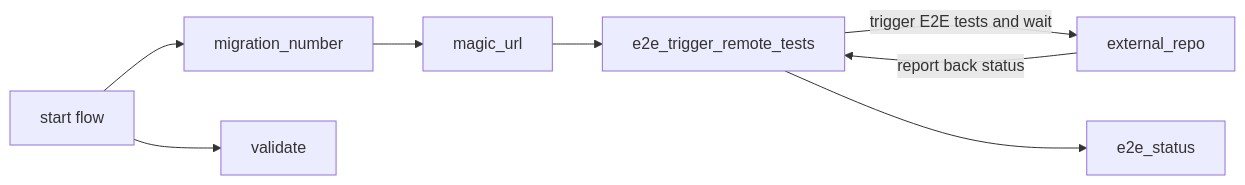
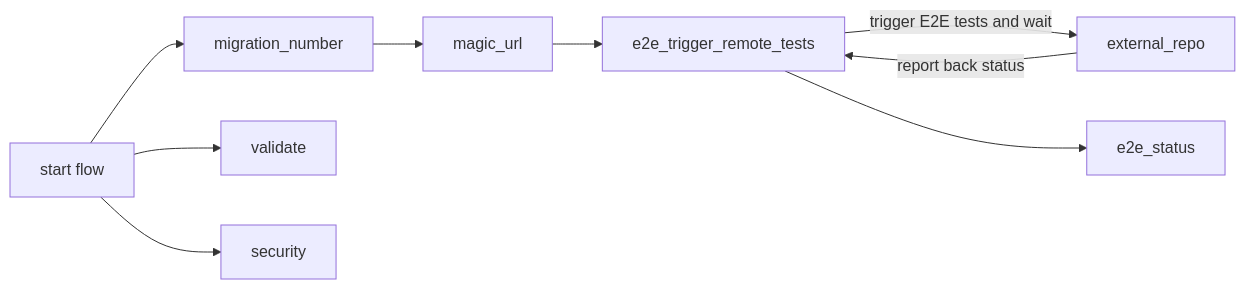
Before and after one commit to JupiterOne/.github: the third of 3 diagrams in .github/workflows/docs/frontend/frontend_runtime_utility_pr.md, drawn with Mermaid. The commit also changed other lines of this file and 21 other files, not shown here.

````diff
--- a/.github/workflows/docs/frontend/frontend_runtime_utility_pr.md
+++ b/.github/workflows/docs/frontend/frontend_runtime_utility_pr.md
@@ -108,16 +112,18 @@
 ```mermaid
 graph LR;
     A[start flow];
 
     B[migration_number];
     C[validate];
     D[magic_url];
     E[e2e_trigger_remote_tests];
     F[external_repo];
     G[e2e_status];
+    H[security];
 
     B --> D --> E -->|trigger E2E tests and wait| F -->|report back status| E --> G;
 
     A --> B;
     A --> C;
+    A --> H;
 ```
````
